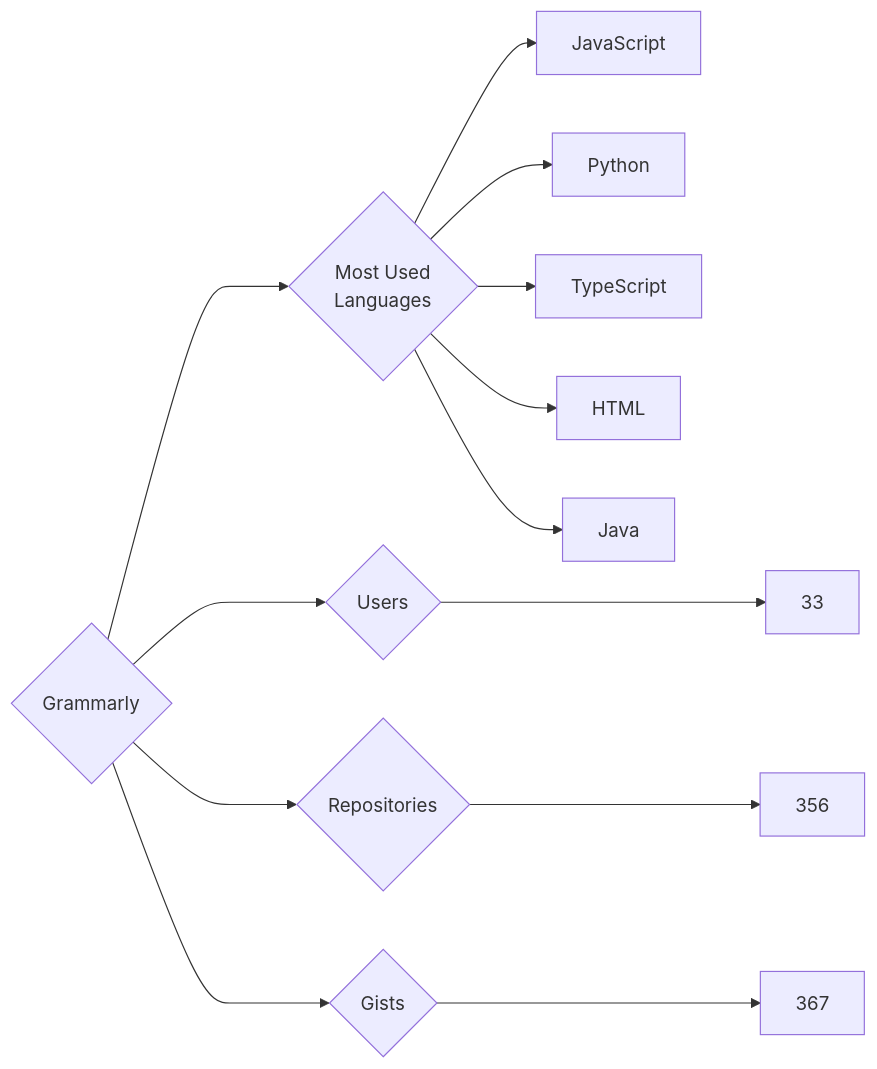
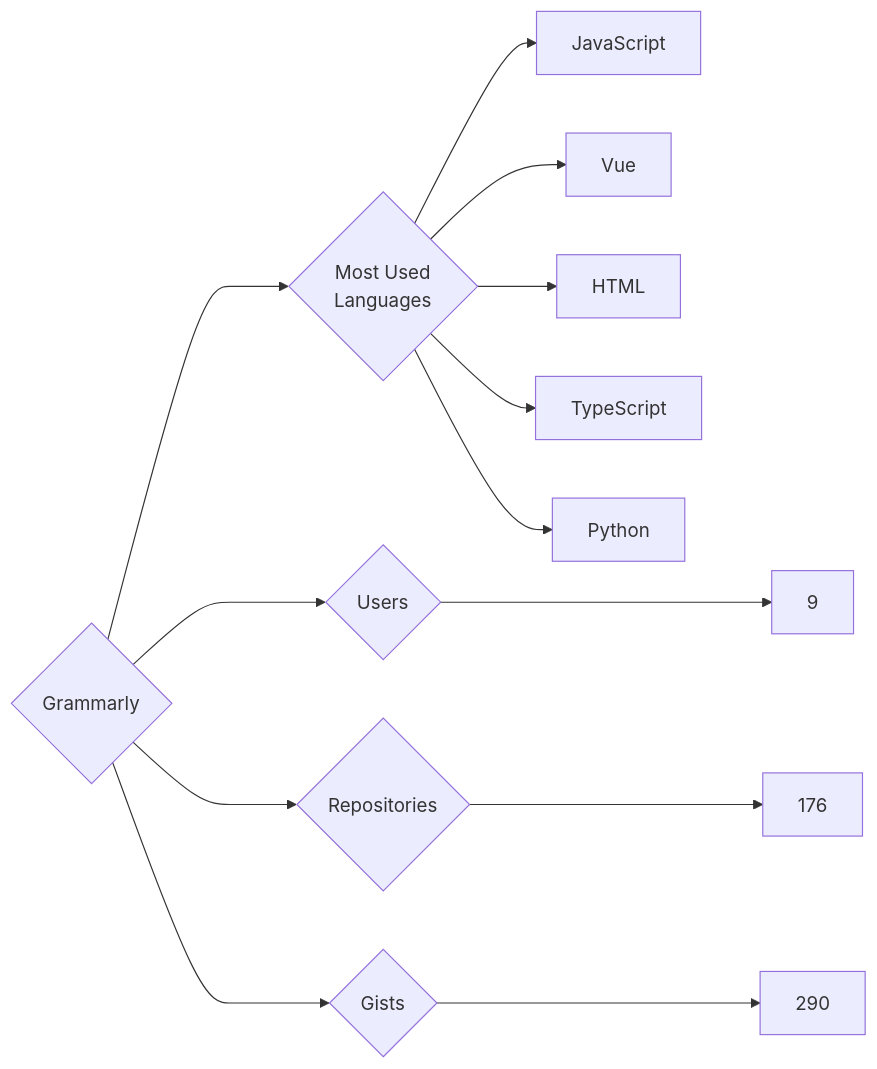
One commit to trickest/insiders changed the diagram in targets/Grammarly/README.md. Above: the diagram before and after it, drawn with Mermaid. The commit also changed 772 other files, not shown here.

````diff
--- a/targets/Grammarly/README.md
+++ b/targets/Grammarly/README.md
@@ -3,13 +3,13 @@
 ```mermaid
 graph LR
 COMPANY_NAME{Grammarly}
-COMPANY_NAME ---> U{Users} ---> UN[33]
-COMPANY_NAME ---> R{Repositories} ---> RN[356]
-COMPANY_NAME ---> G{Gists} ---> GN[367]
+COMPANY_NAME ---> U{Users} ---> UN[9]
+COMPANY_NAME ---> R{Repositories} ---> RN[176]
+COMPANY_NAME ---> G{Gists} ---> GN[290]
 COMPANY_NAME ---> ML{Most Used<br>Languages}
 ML --> JavaScript[JavaScript]
+ML --> Vue[Vue]
+ML --> HTML[HTML]
+ML --> TypeScript[TypeScript]
 ML --> Python[Python]
-ML --> TypeScript[TypeScript]
-ML --> HTML[HTML]
-ML --> Java[Java]
 ```
````
